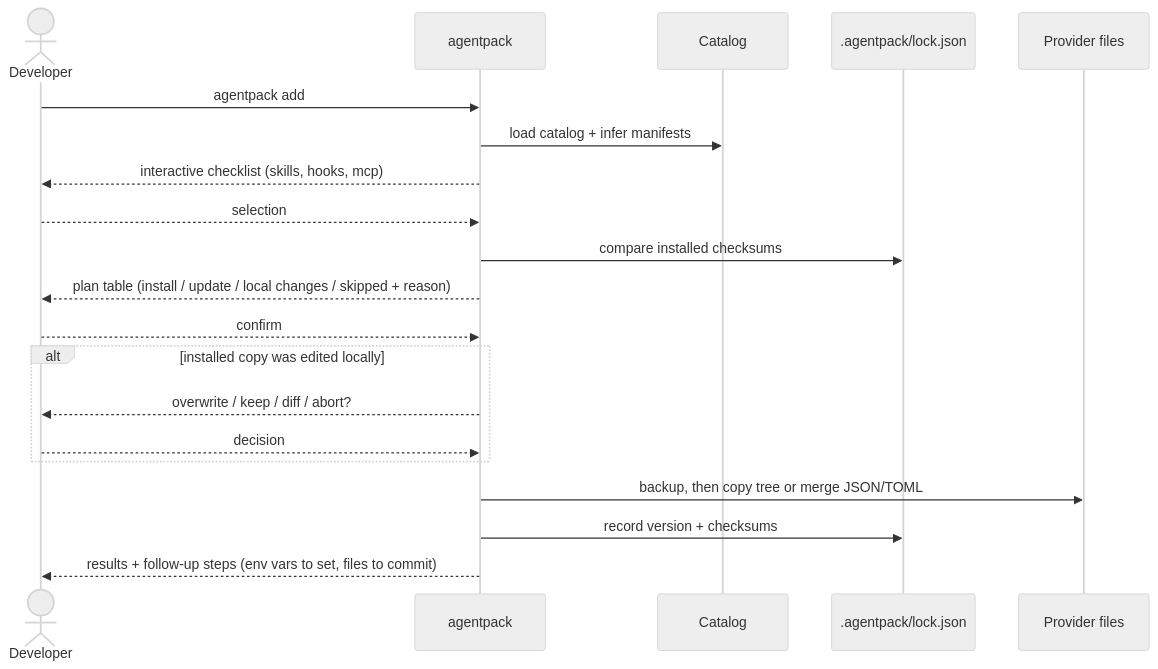
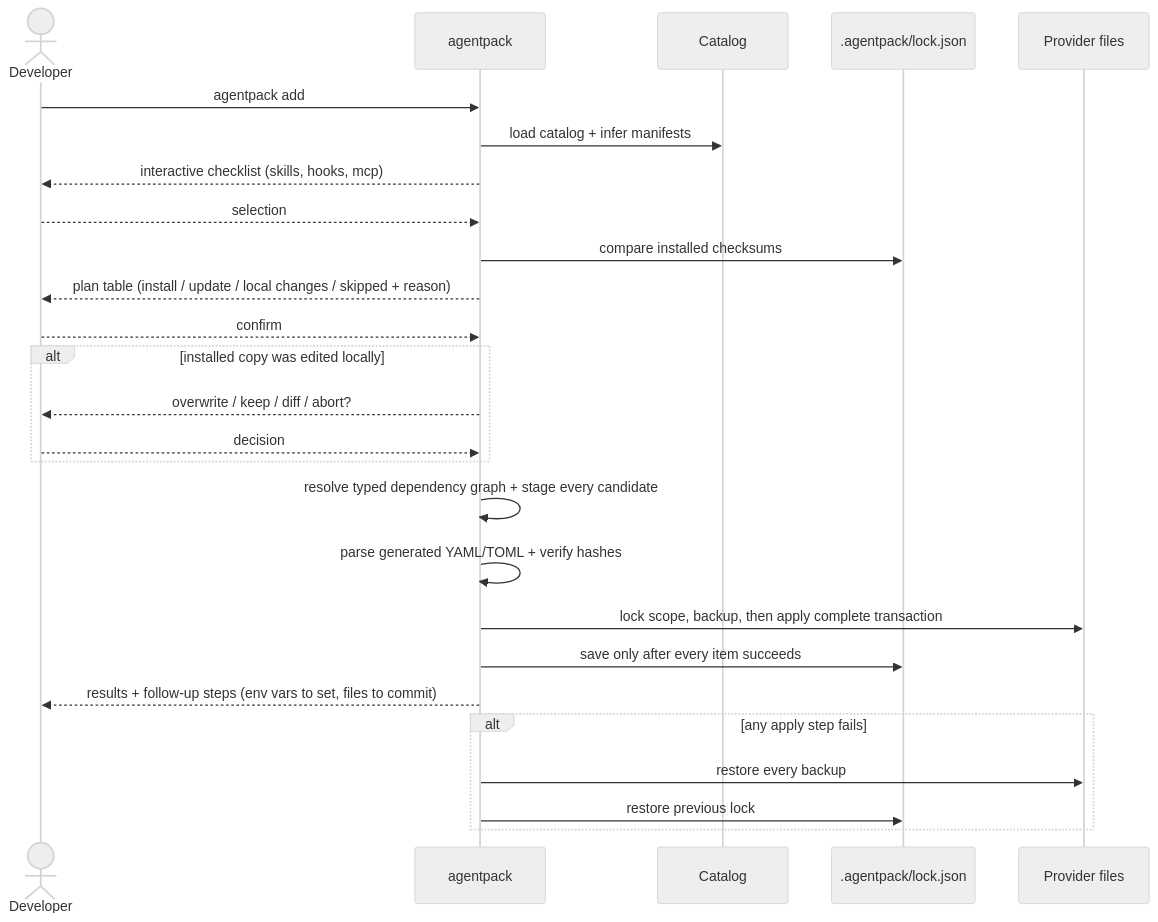
Before and after one commit to svennijhuis/AgentPack: the second of 8 diagrams in docs/how-it-works.md, drawn with Mermaid (neutral theme). The commit also changed other lines of this file and 103 other files, not shown here.

````diff
--- a/docs/how-it-works.md
+++ b/docs/how-it-works.md
@@ -43,25 +43,32 @@
 ```mermaid
 sequenceDiagram
     actor Dev as Developer
     participant CLI as agentpack
     participant Cat as Catalog
     participant Lock as .agentpack/lock.json
     participant Prov as Provider files
 
     Dev->>CLI: agentpack add
     CLI->>Cat: load catalog + infer manifests
     CLI-->>Dev: interactive checklist (skills, hooks, mcp)
     Dev-->>CLI: selection
     CLI->>Lock: compare installed checksums
     CLI-->>Dev: plan table (install / update / local changes / skipped + reason)
     Dev-->>CLI: confirm
 
     alt installed copy was edited locally
         CLI-->>Dev: overwrite / keep / diff / abort?
         Dev-->>CLI: decision
     end
 
-    CLI->>Prov: backup, then copy tree or merge JSON/TOML
-    CLI->>Lock: record version + checksums
+    CLI->>CLI: resolve typed dependency graph + stage every candidate
+    CLI->>CLI: parse generated YAML/TOML + verify hashes
+    CLI->>Prov: lock scope, backup, then apply complete transaction
+    CLI->>Lock: save only after every item succeeds
     CLI-->>Dev: results + follow-up steps (env vars to set, files to commit)
+
+    alt any apply step fails
+        CLI->>Prov: restore every backup
+        CLI->>Lock: restore previous lock
+    end
 ```
````
